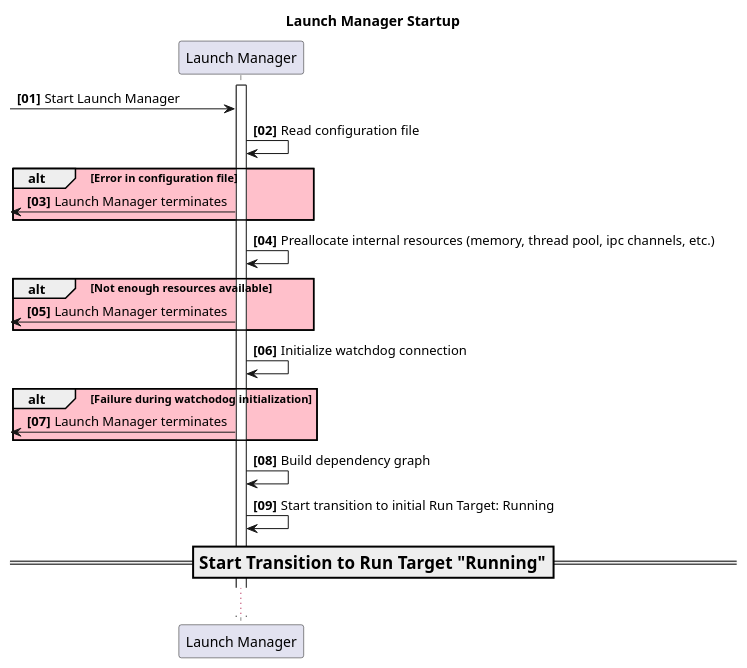
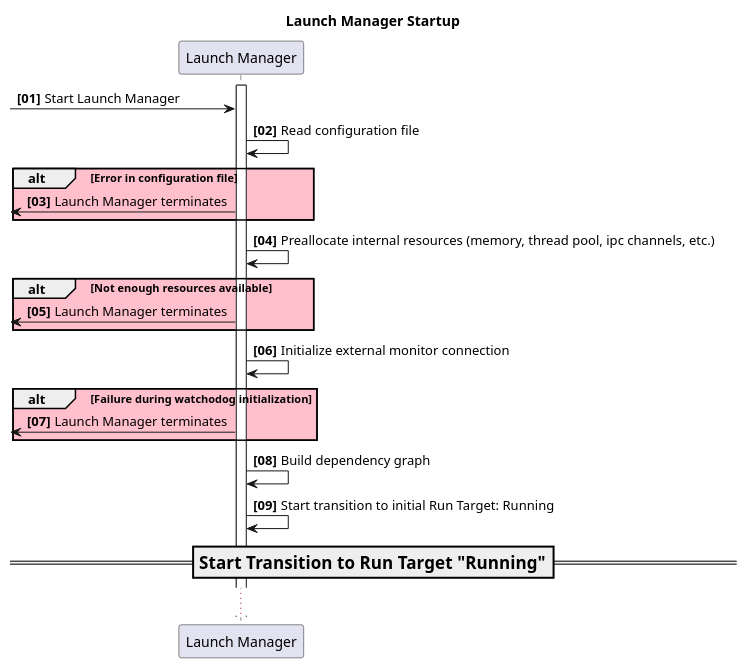
The diagram in docs/features/lifecycle/architecture/_assets/launch_manager_startup.puml (eclipse-score/lifecycle), drawn with PlantUML before and after one commit. The commit also changed 8 other files, not shown here.

Commit message:
Rename diagrams

```diff
--- a/docs/features/lifecycle/architecture/_assets/launch_manager_startup.puml
+++ b/docs/features/lifecycle/architecture/_assets/launch_manager_startup.puml
@@ -14,36 +14,36 @@
 @startuml
 title Launch Manager Startup
 autonumber "<b>[00]"
 
 participant "Launch Manager" as LM
 activate LM
 
 
 [-> LM: Start Launch Manager
 
 LM -> LM: Read configuration file
 
 alt #pink Error in configuration file
     LM ->[ : Launch Manager terminates
 end alt
 LM -> LM: Preallocate internal resources (memory, thread pool, ipc channels, etc.)
 
 alt #pink Not enough resources available
     LM ->[ : Launch Manager terminates
 end alt
 
-LM -> LM: Initialize watchdog connection
+LM -> LM: Initialize external monitor connection
 
 alt #pink Failure during watchodog initialization
     LM ->[ : Launch Manager terminates
 end alt
 
 LM -> LM: Build dependency graph
 LM -> LM: Start transition to initial Run Target: Running
 
 === Start Transition to Run Target "Running" ==
 
 ...
 
 
 @enduml
```
